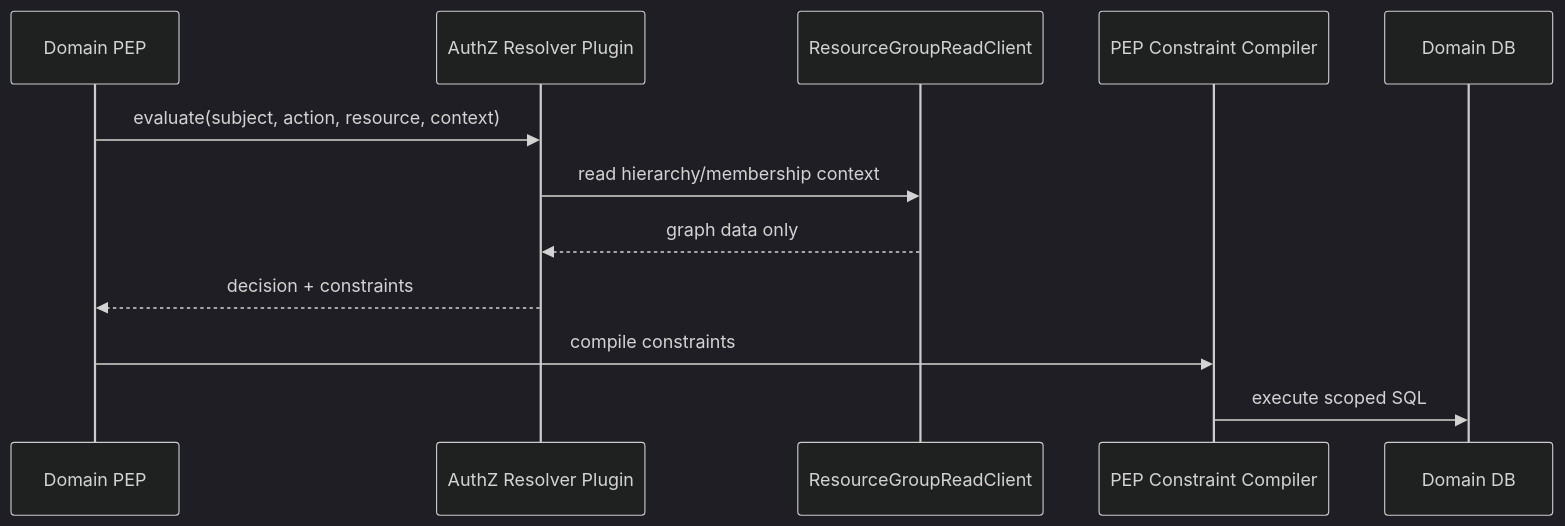
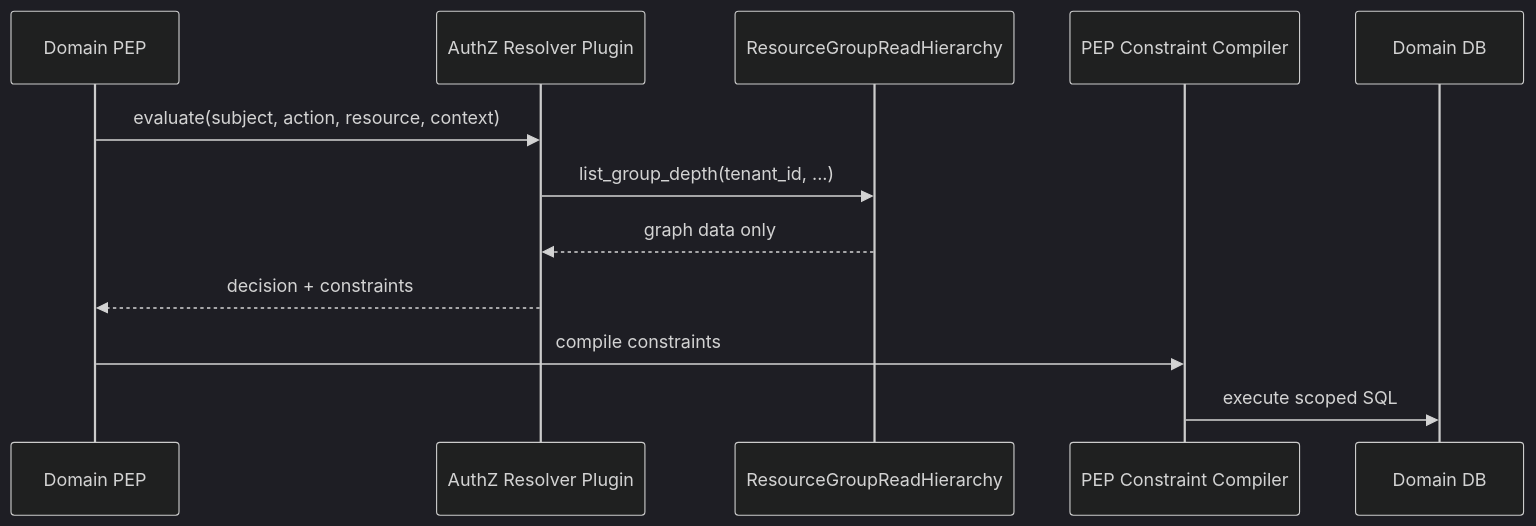
One commit to ffedoroff/cyberfabric-core changed the fourth of 8 diagrams in modules/system/resource-group/docs/DESIGN.md. Above: the diagram before and after it, drawn with Mermaid (dark theme). The commit also changed other lines of this file and 1 other file, not shown here.

````diff
--- a/modules/system/resource-group/docs/DESIGN.md
+++ b/modules/system/resource-group/docs/DESIGN.md
@@ -918,15 +949,15 @@
 ```mermaid
 sequenceDiagram
     participant PEP as Domain PEP
     participant AZ as AuthZ Resolver Plugin
-    participant RG as ResourceGroupReadClient
+    participant RG as ResourceGroupReadHierarchy
     participant CMP as PEP Constraint Compiler
     participant DB as Domain DB
 
     PEP->>AZ: evaluate(subject, action, resource, context)
-    AZ->>RG: read hierarchy/membership context
+    AZ->>RG: list_group_depth(tenant_id, ...)
     RG-->>AZ: graph data only
     AZ-->>PEP: decision + constraints
     PEP->>CMP: compile constraints
     CMP->>DB: execute scoped SQL
 ```
````
